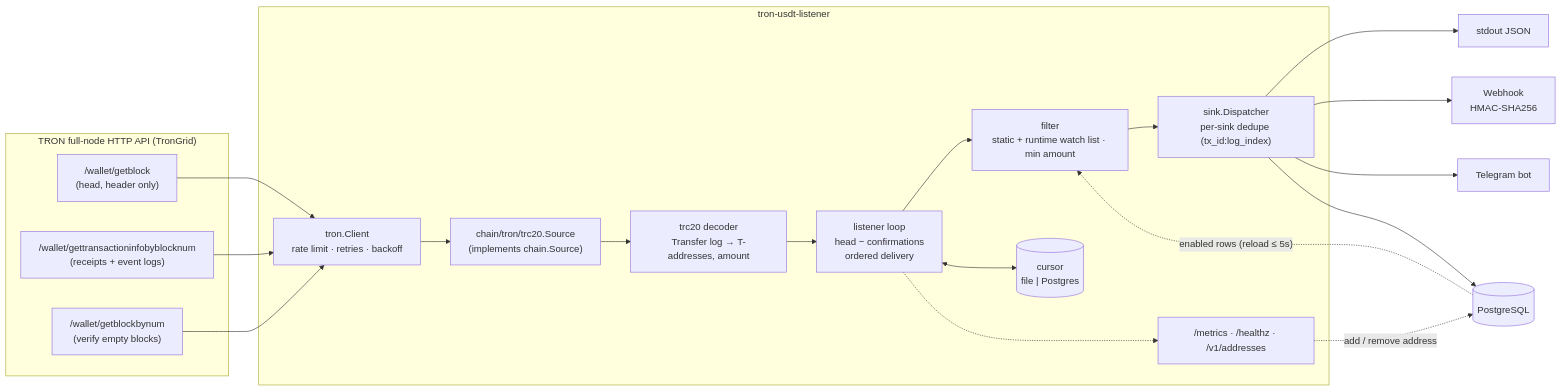
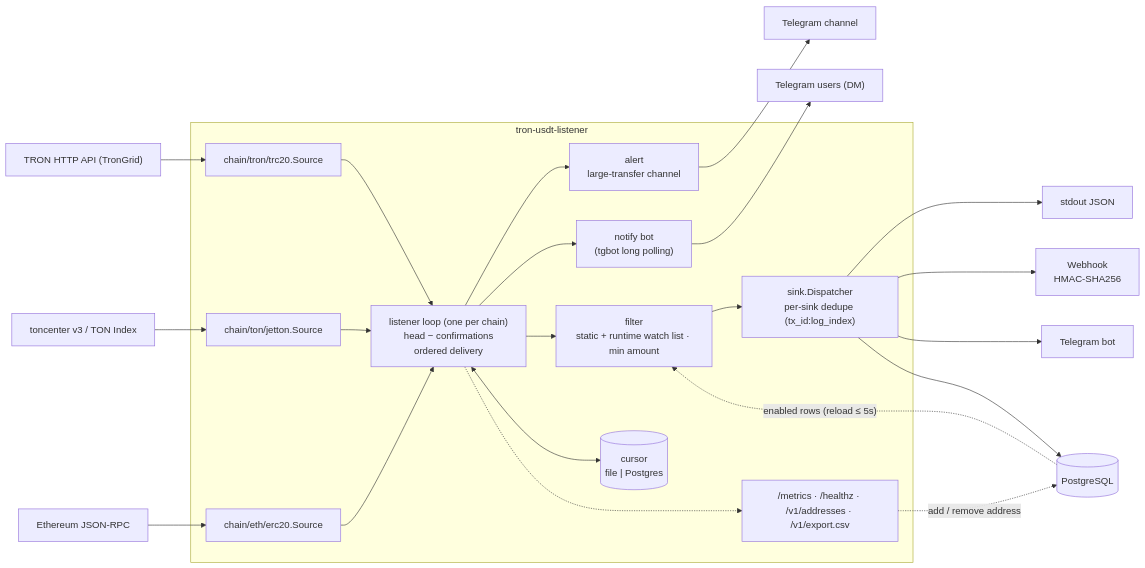
One commit to co-codin/USDT-Tracker changed the diagram in README.md. Above: the diagram before and after it, drawn with Mermaid. The commit also changed other lines of this file, not shown here.

Commit message:
Refresh README for multi-chain, alerts, export and notify bot

````diff
--- a/README.md
+++ b/README.md
@@ -54,30 +66,34 @@
 ```mermaid
 flowchart LR
-    subgraph TRON["TRON full-node HTTP API (TronGrid)"]
-        H["/wallet/getblock<br/>(head, header only)"]
-        I["/wallet/gettransactioninfobyblocknum<br/>(receipts + event logs)"]
-        B["/wallet/getblockbynum<br/>(verify empty blocks)"]
+    TRON["TRON HTTP API (TronGrid)"]
+    TONAPI["toncenter v3 / TON Index"]
+    ETHRPC["Ethereum JSON-RPC"]
+
+    subgraph L["tron-usdt-listener"]
+        S1["chain/tron/trc20.Source"]
+        S2["chain/ton/jetton.Source"]
+        S3["chain/eth/erc20.Source"]
+        F["filter<br/>static + runtime watch list · min amount"]
+        P["listener loop (one per chain)<br/>head − confirmations<br/>ordered delivery"]
+        X["sink.Dispatcher<br/>per-sink dedupe (tx_id:log_index)"]
+        K[("cursor<br/>file | Postgres")]
+        M["/metrics · /healthz · /v1/addresses · /v1/export.csv"]
+        A["alert<br/>large-transfer channel"]
+        N["notify bot<br/>(tgbot long polling)"]
     end
 
-    subgraph L["tron-usdt-listener"]
-        C["tron.Client<br/>rate limit · retries · backoff"]
-        S["chain/tron/trc20.Source<br/>(implements chain.Source)"]
-        D["trc20 decoder<br/>Transfer log → T-addresses, amount"]
-        F["filter<br/>static + runtime watch list · min amount"]
-        P["listener loop<br/>head − confirmations<br/>ordered delivery"]
-        X["sink.Dispatcher<br/>per-sink dedupe (tx_id:log_index)"]
-        K[("cursor<br/>file | Postgres")]
-        M["/metrics · /healthz · /v1/addresses"]
-    end
-
-    H & I & B --> C --> S --> D --> P
+    TRON --> S1 --> P
+    TONAPI --> S2 --> P
+    ETHRPC --> S3 --> P
+    P --> A --> TC["Telegram channel"]
+    P --> N --> TU["Telegram users (DM)"]
     P --> F --> X
     P <--> K
     X --> O["stdout JSON"]
     X --> W["Webhook<br/>HMAC-SHA256"]
     X --> T["Telegram bot"]
     X --> G[("PostgreSQL")]
     P -.-> M
     M -. "add / remove address" .-> G
     G -. "enabled rows (reload ≤ 5s)" .-> F
 ```
````
